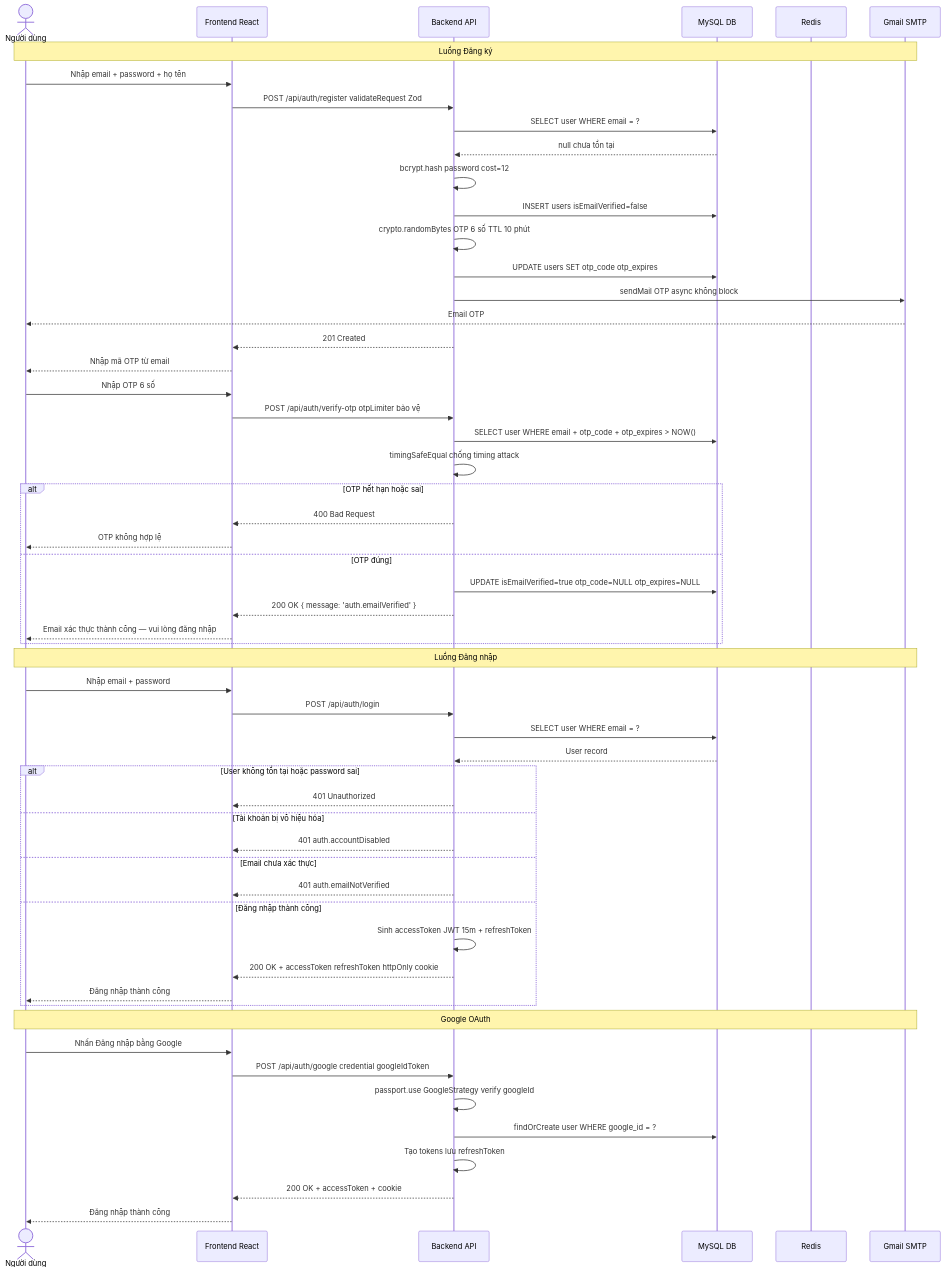
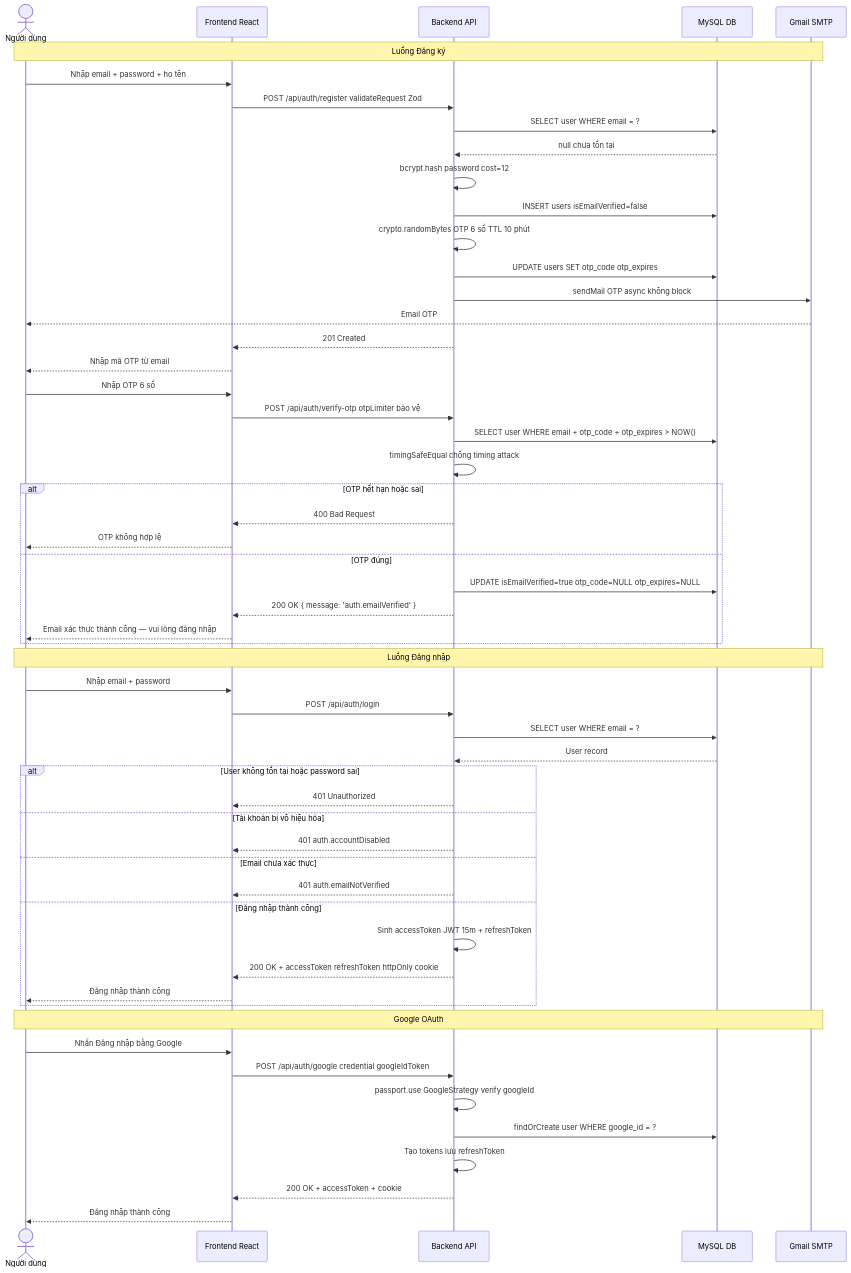
One commit to MinhThang1009/E-commerce-website changed diagram 11 of 28 in DIAGRAMS.md. Above: the diagram before and after it, drawn with Mermaid. The commit also changed other lines of this file and 306 other files, not shown here.

````diff
--- a/DIAGRAMS.md
+++ b/DIAGRAMS.md
@@ -400,66 +397,65 @@
 ```mermaid
 sequenceDiagram
     actor User as Người dùng
     participant FE as Frontend React
     participant API as Backend API
     participant DB as MySQL DB
-    participant Redis as Redis
     participant Mail as Gmail SMTP
 
     Note over User,Mail: Luồng Đăng ký
 
     User->>FE: Nhập email + password + họ tên
     FE->>API: POST /api/auth/register validateRequest Zod
     API->>DB: SELECT user WHERE email = ?
     DB-->>API: null chưa tồn tại
     API->>API: bcrypt.hash password cost=12
     API->>DB: INSERT users isEmailVerified=false
     API->>API: crypto.randomBytes OTP 6 số TTL 10 phút
     API->>DB: UPDATE users SET otp_code otp_expires
     API->>Mail: sendMail OTP async không block
     Mail-->>User: Email OTP
     API-->>FE: 201 Created
     FE-->>User: Nhập mã OTP từ email
 
     User->>FE: Nhập OTP 6 số
     FE->>API: POST /api/auth/verify-otp otpLimiter bảo vệ
     API->>DB: SELECT user WHERE email + otp_code + otp_expires > NOW()
     API->>API: timingSafeEqual chống timing attack
     alt OTP hết hạn hoặc sai
         API-->>FE: 400 Bad Request
         FE-->>User: OTP không hợp lệ
     else OTP đúng
         API->>DB: UPDATE isEmailVerified=true otp_code=NULL otp_expires=NULL
         API-->>FE: 200 OK { message: 'auth.emailVerified' }
         FE-->>User: Email xác thực thành công — vui lòng đăng nhập
     end
 
     Note over User,Mail: Luồng Đăng nhập
 
     User->>FE: Nhập email + password
     FE->>API: POST /api/auth/login
     API->>DB: SELECT user WHERE email = ?
     DB-->>API: User record
 
     alt User không tồn tại hoặc password sai
         API-->>FE: 401 Unauthorized
     else Tài khoản bị vô hiệu hóa
         API-->>FE: 401 auth.accountDisabled
     else Email chưa xác thực
         API-->>FE: 401 auth.emailNotVerified
     else Đăng nhập thành công
         API->>API: Sinh accessToken JWT 15m + refreshToken
         API-->>FE: 200 OK + accessToken refreshToken httpOnly cookie
         FE-->>User: Đăng nhập thành công
     end
 
     Note over User,Mail: Google OAuth
 
     User->>FE: Nhấn Đăng nhập bằng Google
     FE->>API: POST /api/auth/google credential googleIdToken
     API->>API: passport.use GoogleStrategy verify googleId
     API->>DB: findOrCreate user WHERE google_id = ?
     API->>API: Tạo tokens lưu refreshToken
     API-->>FE: 200 OK + accessToken + cookie
     FE-->>User: Đăng nhập thành công
 ```
````
